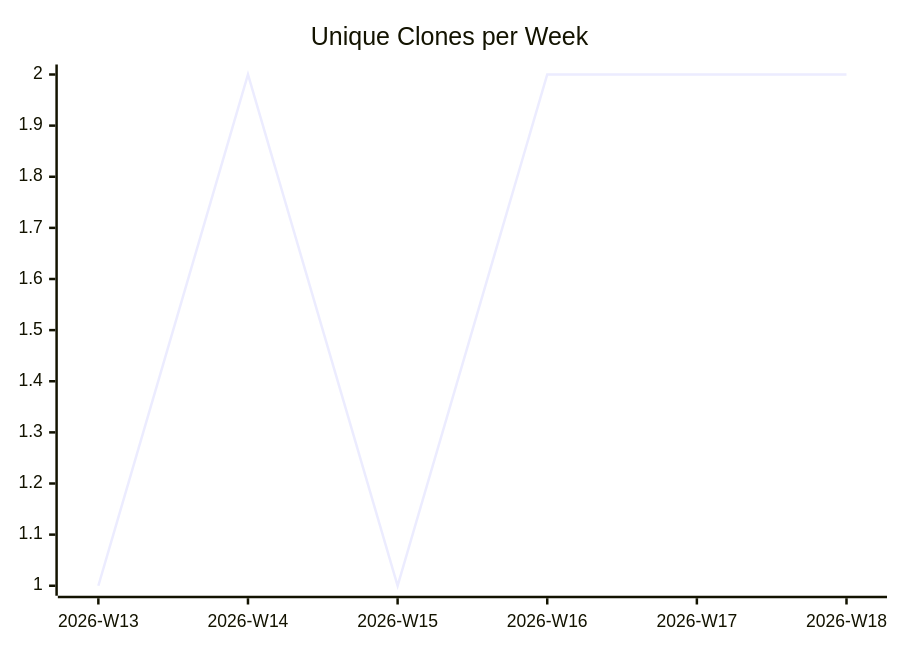
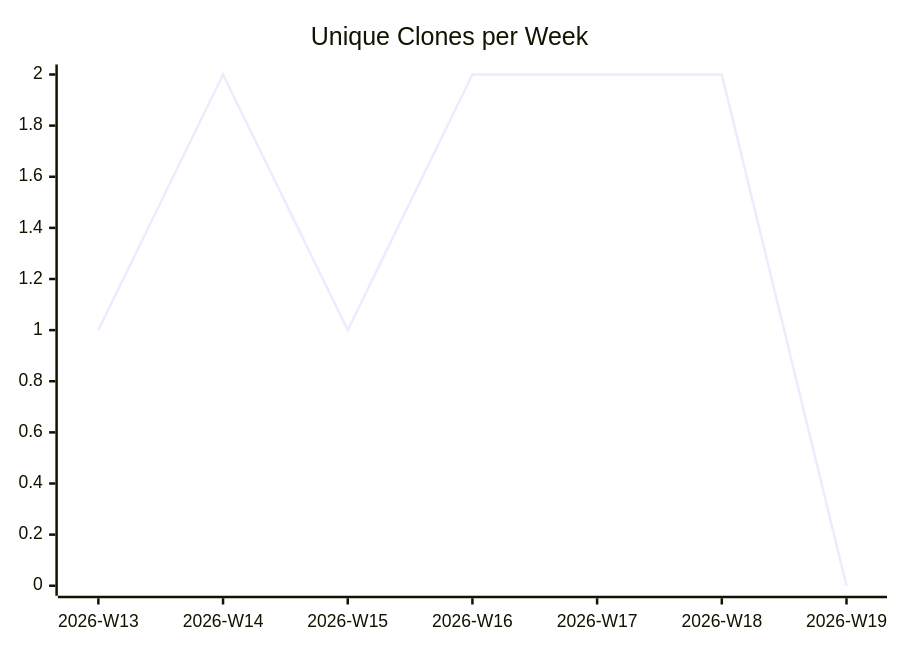
One commit to justdavis-family/github-analytics-data changed the third of 3 diagrams in karlmdavis/sample-maven-and-rcp/README.md. Above: the diagram before and after it, drawn with Mermaid. The commit also changed other lines of this file and 187 other files, not shown here.

````diff
--- a/karlmdavis/sample-maven-and-rcp/README.md
+++ b/karlmdavis/sample-maven-and-rcp/README.md
@@ -19,6 +19,6 @@
 ```mermaid
 xychart-beta
   title "Unique Clones per Week"
-  x-axis ["2026-W13", "2026-W14", "2026-W15", "2026-W16", "2026-W17", "2026-W18"]
-  line [1, 2, 1, 2, 2, 2]
+  x-axis ["2026-W13", "2026-W14", "2026-W15", "2026-W16", "2026-W17", "2026-W18", "2026-W19"]
+  line [1, 2, 1, 2, 2, 2, 0]
 ```
````
